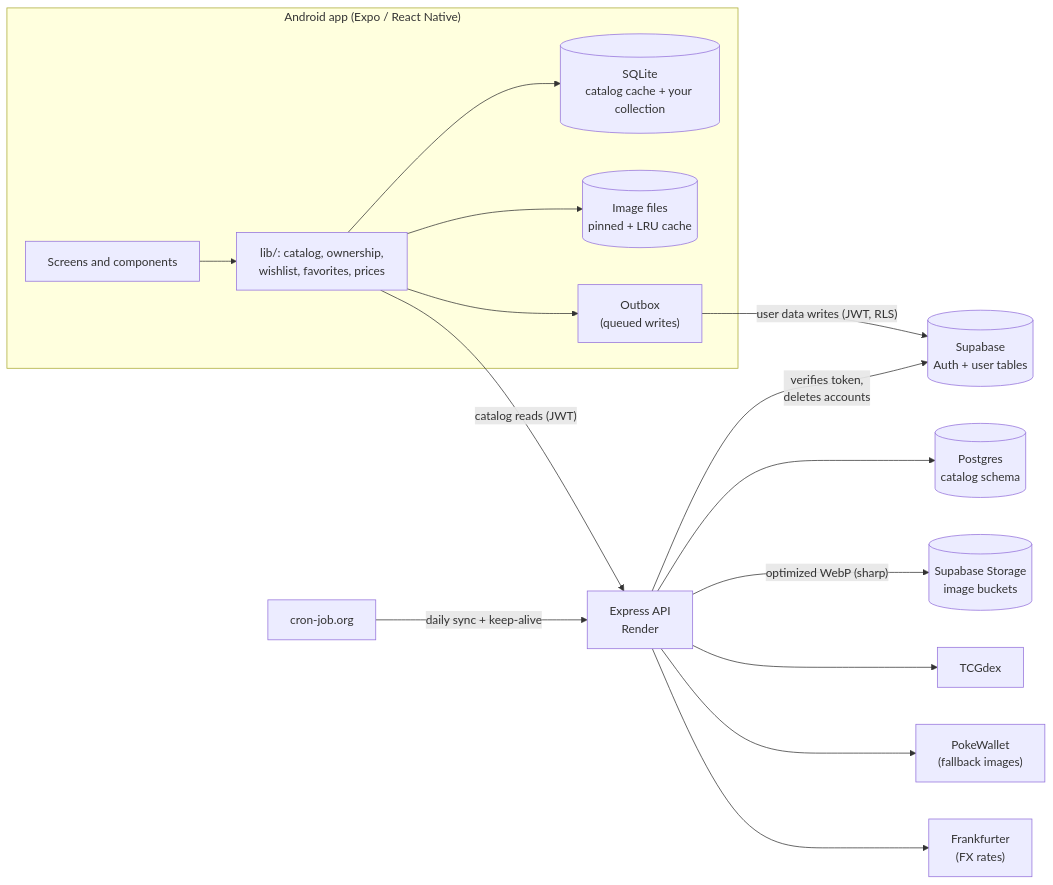
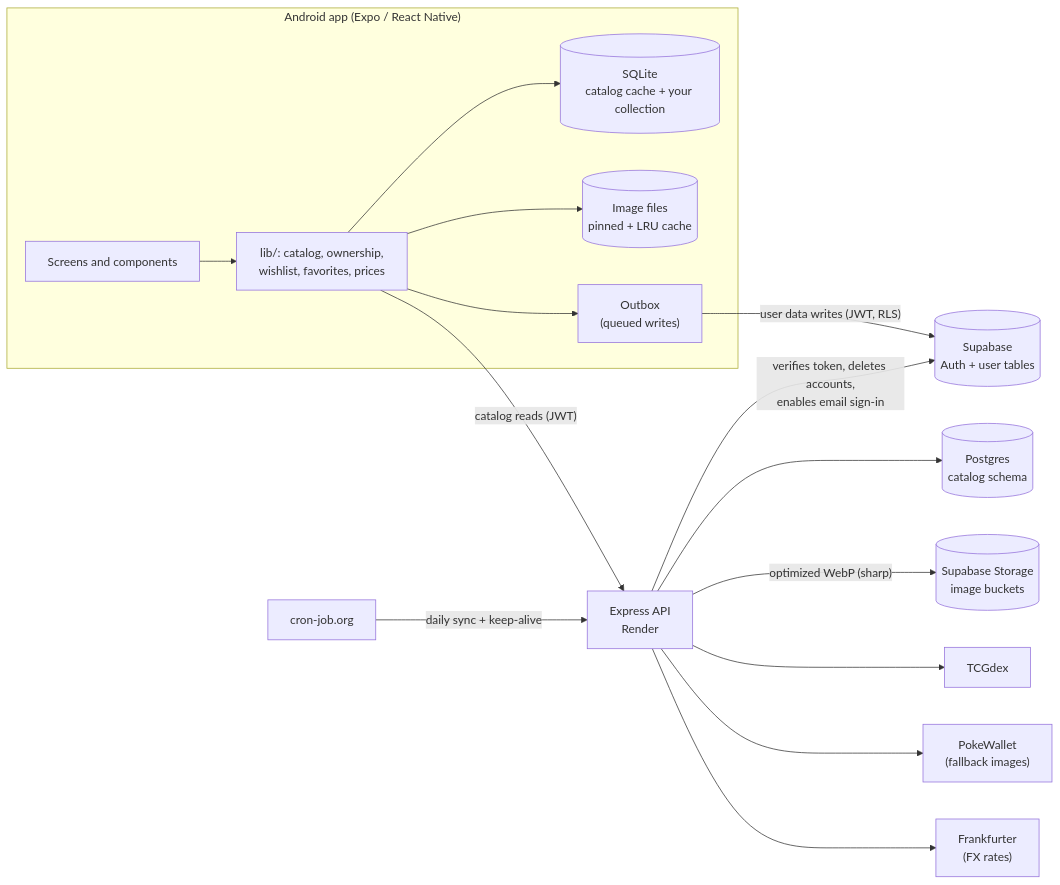
One commit to Lintahlo-001/Ember changed the diagram in README.md. Above: the diagram before and after it, drawn with Mermaid. The commit also changed other lines of this file, not shown here.

````diff
--- a/README.md
+++ b/README.md
@@ -532,19 +553,19 @@
 ```mermaid
 flowchart LR
   subgraph Device["Android app (Expo / React Native)"]
     UI["Screens and components"] --> LIB["lib/: catalog, ownership,<br/>wishlist, favorites, prices"]
     LIB --> SQL[("SQLite<br/>catalog cache + your collection")]
     LIB --> FS[("Image files<br/>pinned + LRU cache")]
     LIB --> OB["Outbox<br/>(queued writes)"]
   end
 
   LIB -- "catalog reads (JWT)" --> API["Express API<br/>Render"]
   OB -- "user data writes (JWT, RLS)" --> SB[("Supabase<br/>Auth + user tables")]
-  API -- "verifies token,<br/>deletes accounts" --> SB
+  API -- "verifies token, deletes accounts,<br/>enables email sign-in" --> SB
   API --> PG[("Postgres<br/>catalog schema")]
   API -- "optimized WebP (sharp)" --> ST[("Supabase Storage<br/>image buckets")]
   API --> TCG["TCGdex"]
   API --> PW["PokeWallet<br/>(fallback images)"]
   API --> FX["Frankfurter<br/>(FX rates)"]
   CRON["cron-job.org"] -- "daily sync + keep-alive" --> API
 ```
````
